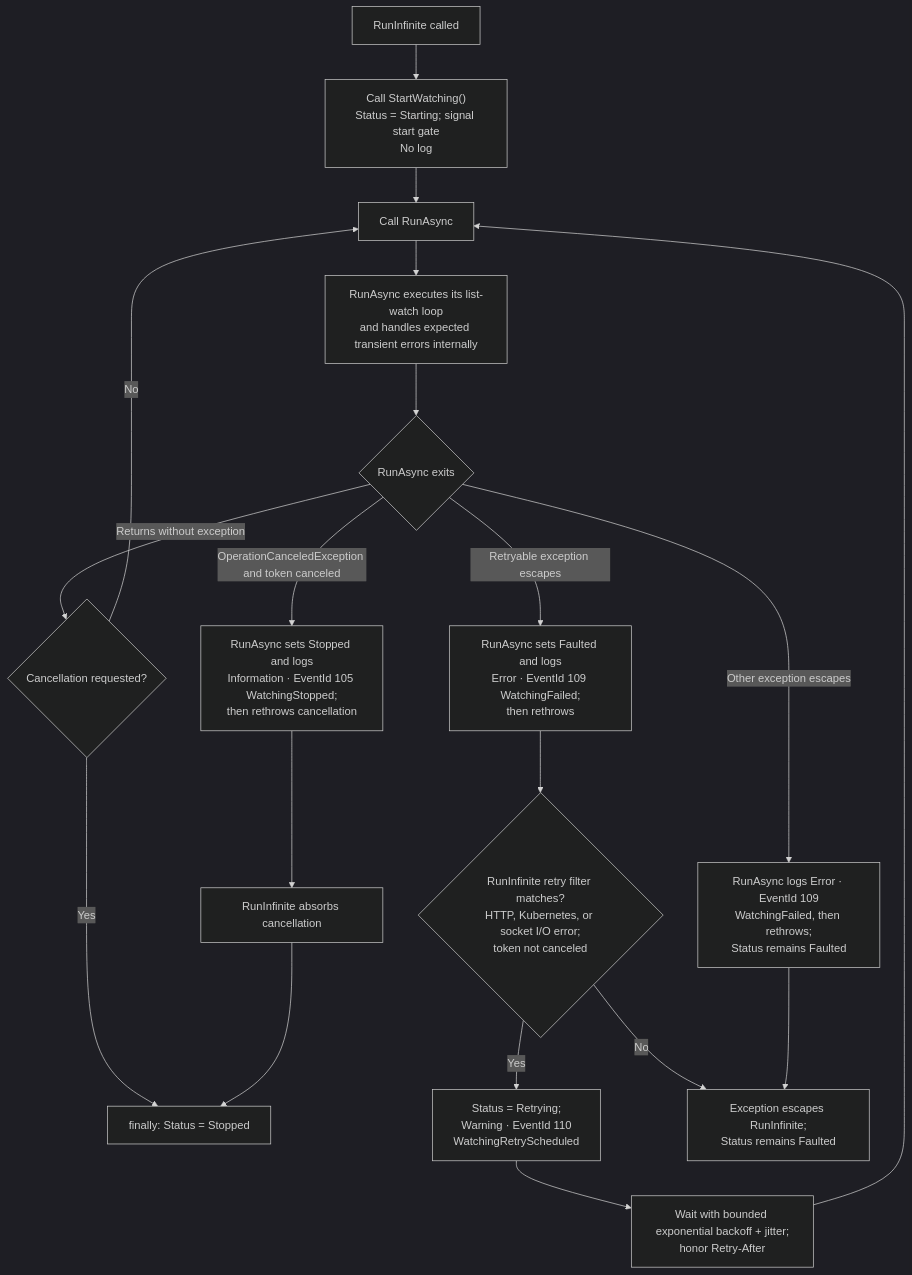
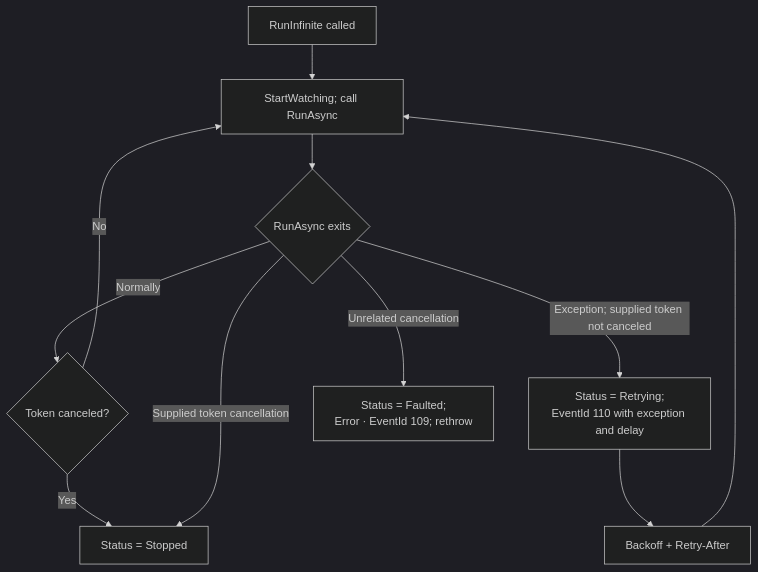
Before and after one commit to IvanJosipovic/KubernetesClient.Informer: the second of 2 diagrams in docs/resource-informer-lifecycle.md, drawn with Mermaid (dark theme). The commit also changed other lines of this file and 5 other files, not shown here.

````diff
--- a/docs/resource-informer-lifecycle.md
+++ b/docs/resource-informer-lifecycle.md
@@ -73,25 +44,13 @@
 ```mermaid
 flowchart TD
-    A["RunInfinite called"] --> B["Call StartWatching()<br/>Status = Starting; signal start gate<br/>No log"]
-    B --> C["Call RunAsync"]
-    C --> D["RunAsync executes its list-watch loop<br/>and handles expected transient errors internally"]
-    D --> E{"RunAsync exits"}
-
-    E -- "Returns without exception" --> F{"Cancellation requested?"}
-    F -- "No" --> C
-    F -- "Yes" --> G["finally: Status = Stopped"]
-
-    E -- "Retryable exception escapes" --> H["RunAsync sets Faulted and logs<br/>Error · EventId 109 WatchingFailed;<br/>then rethrows"]
-    H --> I{"RunInfinite retry filter matches?<br/>HTTP, Kubernetes, or socket I/O error;<br/>token not canceled"}
-    I -- "Yes" --> J["Status = Retrying;<br/>Warning · EventId 110<br/>WatchingRetryScheduled"]
-    J --> K["Wait with bounded exponential backoff + jitter;<br/>honor Retry-After"]
-    K --> C
-    I -- "No" --> L["Exception escapes RunInfinite;<br/>Status remains Faulted"]
-
-    E -- "OperationCanceledException and token canceled" --> M["RunAsync sets Stopped and logs<br/>Information · EventId 105 WatchingStopped;<br/>then rethrows cancellation"]
-    M --> N["RunInfinite absorbs cancellation"]
-    N --> G
-
-    E -- "Other exception escapes" --> O["RunAsync logs Error · EventId 109<br/>WatchingFailed, then rethrows;<br/>Status remains Faulted"]
-    O --> L
+    A["RunInfinite called"] --> B["StartWatching; call RunAsync"]
+    B --> C{"RunAsync exits"}
+    C -- "Normally" --> D{"Token canceled?"}
+    D -- "No" --> B
+    D -- "Yes" --> E["Status = Stopped"]
+    C -- "Exception; supplied token not canceled" --> F["Status = Retrying;<br/>EventId 110 with exception and delay"]
+    F --> G["Backoff + Retry-After"]
+    G --> B
+    C -- "Supplied token cancellation" --> E
+    C -- "Unrelated cancellation" --> H["Status = Faulted;<br/>Error · EventId 109; rethrow"]
 ```
````
